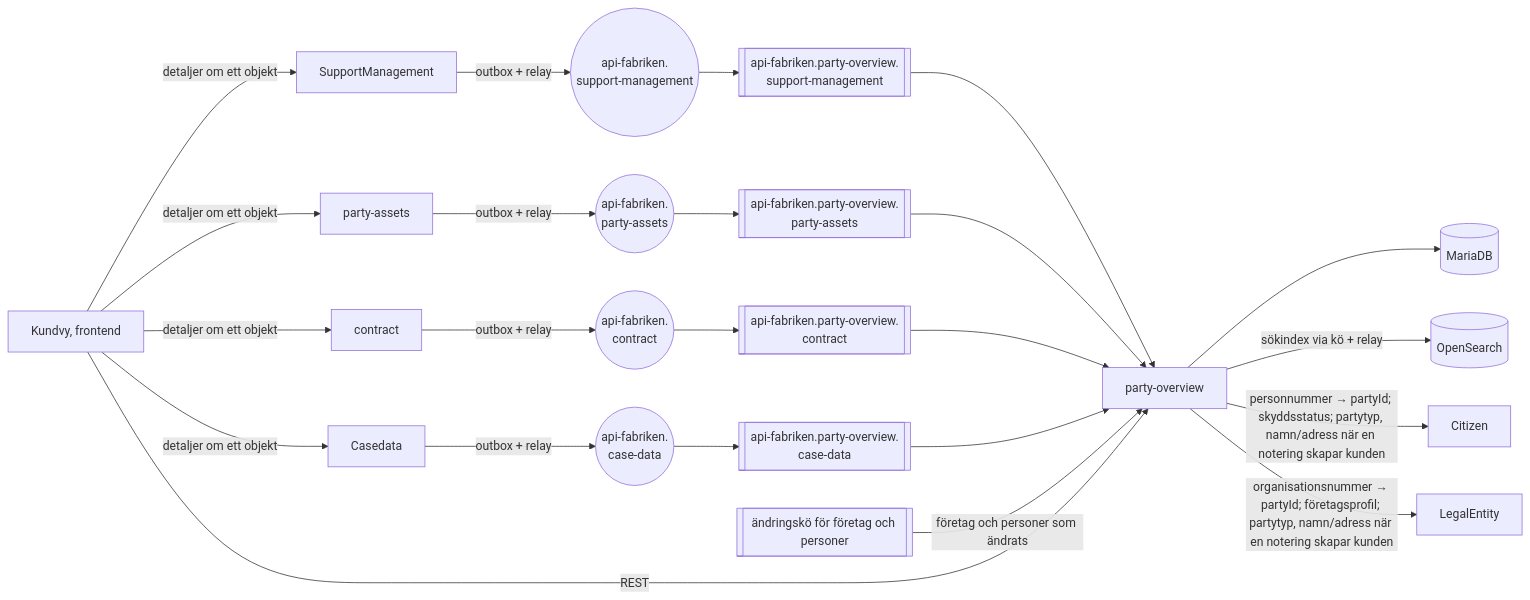
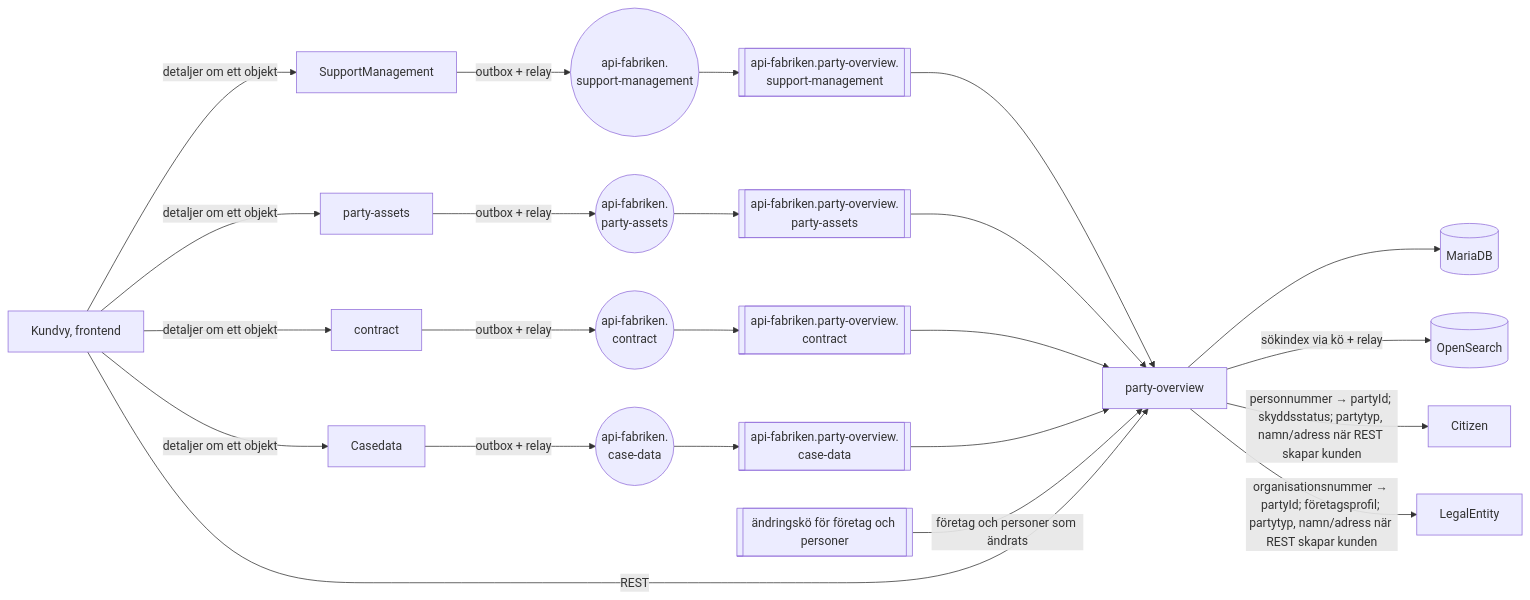
Before and after one commit to Sundsvallskommun/api-service-party-overview: the diagram in docs/arkitektur/01-oversikt.md, drawn with Mermaid. The commit also changed 14 other files, not shown here.

````diff
--- a/docs/arkitektur/01-oversikt.md
+++ b/docs/arkitektur/01-oversikt.md
@@ -5,25 +5,25 @@
 ```mermaid
 flowchart LR
     SM[SupportManagement] -->|outbox + relay| EXSM((api-fabriken.<br/>support-management))
     PA[party-assets] -->|outbox + relay| EXPA((api-fabriken.<br/>party-assets))
     CT[contract] -->|outbox + relay| EXCT((api-fabriken.<br/>contract))
     CD[Casedata] -->|outbox + relay| EXCD((api-fabriken.<br/>case-data))
     EXSM --> QSM[[api-fabriken.party-overview.<br/>support-management]]
     EXPA --> QPA[[api-fabriken.party-overview.<br/>party-assets]]
     EXCT --> QCT[[api-fabriken.party-overview.<br/>contract]]
     EXCD --> QCD[[api-fabriken.party-overview.<br/>case-data]]
     QSM --> PO[party-overview]
     QPA --> PO
     QCT --> PO
     QCD --> PO
     QREG[[ändringskö för företag och personer]] -->|företag och personer som ändrats| PO
     PO --> DB[(MariaDB)]
     PO -->|sökindex via kö + relay| OS[(OpenSearch)]
-    PO -->|personnummer → partyId; skyddsstatus; partytyp, namn/adress när en notering skapar kunden| CIT[Citizen]
-    PO -->|organisationsnummer → partyId; företagsprofil; partytyp, namn/adress när en notering skapar kunden| LE[LegalEntity]
+    PO -->|personnummer → partyId; skyddsstatus; partytyp, namn/adress när REST skapar kunden| CIT[Citizen]
+    PO -->|organisationsnummer → partyId; företagsprofil; partytyp, namn/adress när REST skapar kunden| LE[LegalEntity]
     FE[Kundvy, frontend] -->|REST| PO
     FE -->|detaljer om ett objekt| SM
     FE -->|detaljer om ett objekt| PA
     FE -->|detaljer om ett objekt| CT
     FE -->|detaljer om ett objekt| CD
 ```
````
